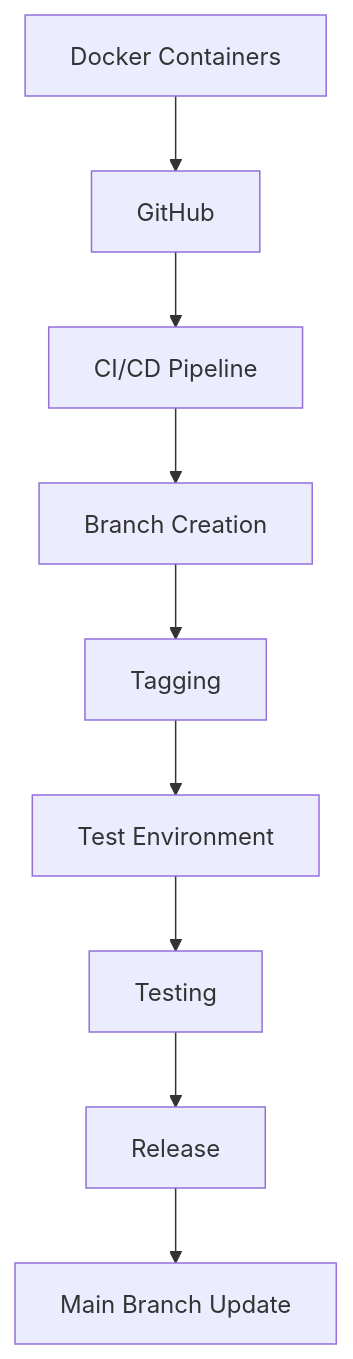
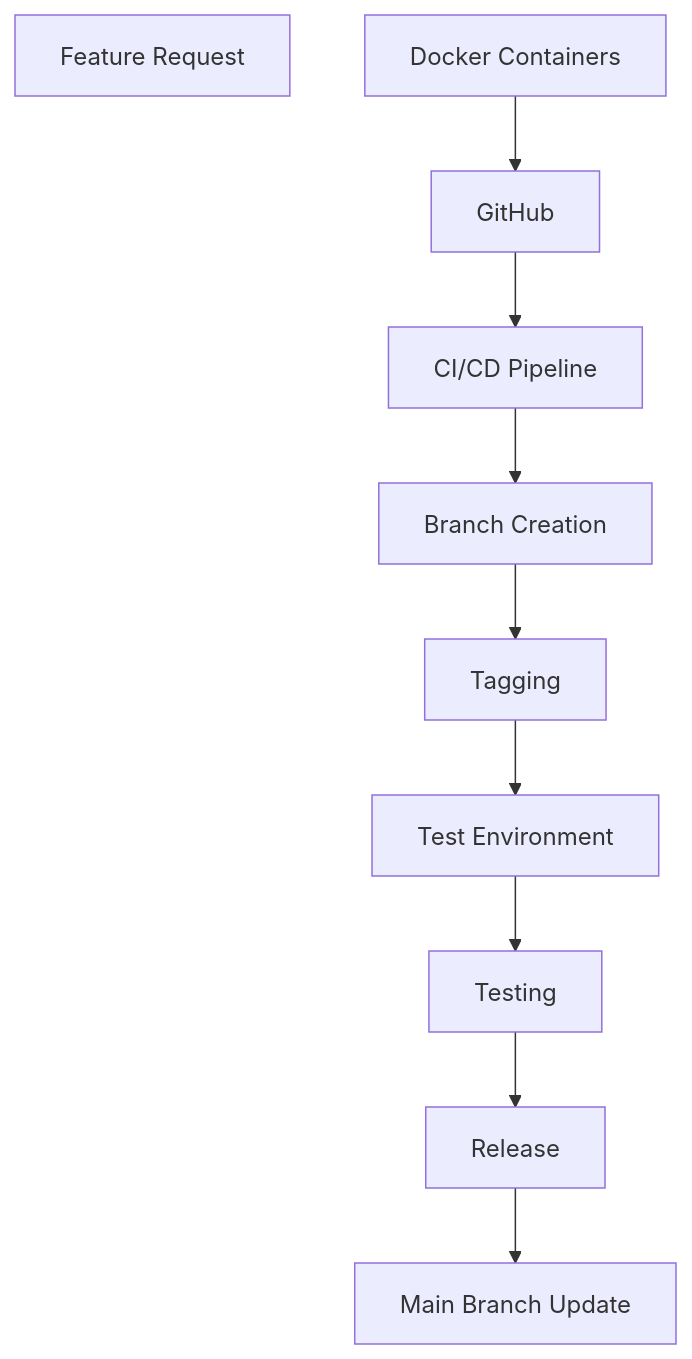
Before and after one commit to binaryloom/TaskManagementSystem: the third of 3 diagrams in docs/project_archetecture.md, drawn with Mermaid. The commit also changed other lines of this file, not shown here.

````diff
--- a/docs/project_archetecture.md
+++ b/docs/project_archetecture.md
@@ -55,11 +43,12 @@
 ```mermaid
 graph TD;
+    new_feature["Feature Request"]
     A[Docker Containers] --> B[GitHub];
     B --> C[CI/CD Pipeline];
     C --> D[Branch Creation];
     D --> E[Tagging];
     E --> F[Test Environment];
     F --> G[Testing];
     G --> H[Release];
     H --> I[Main Branch Update];
 ```
````
